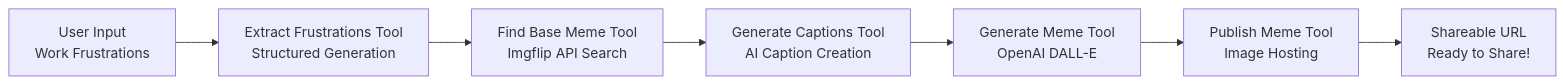
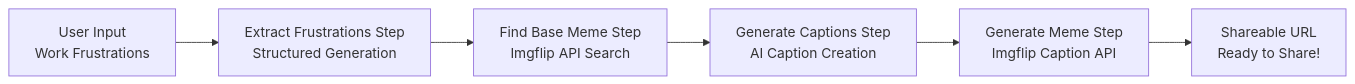
One commit to wahyudesu/mastra-agents-meme-generator changed the diagram in README.md. Above: the diagram before and after it, drawn with Mermaid. The commit also changed other lines of this file and 5 other files, not shown here.

````diff
--- a/README.md
+++ b/README.md
@@ -19,9 +21,8 @@
 ```mermaid
 graph LR
-    A[User Input<br/>Work Frustrations] --> B[Extract Frustrations Tool<br/>Structured Generation]
-    B --> C[Find Base Meme Tool<br/>Imgflip API Search]
-    C --> D[Generate Captions Tool<br/>AI Caption Creation]
-    D --> E[Generate Meme Tool<br/>OpenAI DALL-E]
-    E --> F[Publish Meme Tool<br/>Image Hosting]
-    F --> G[Shareable URL<br/>Ready to Share!]
+    A[User Input<br/>Work Frustrations] --> B[Extract Frustrations Step<br/>Structured Generation]
+    B --> C[Find Base Meme Step<br/>Imgflip API Search]
+    C --> D[Generate Captions Step<br/>AI Caption Creation]
+    D --> E[Generate Meme Step<br/>Imgflip Caption API]
+    E --> F[Shareable URL<br/>Ready to Share!]
 ```
````
